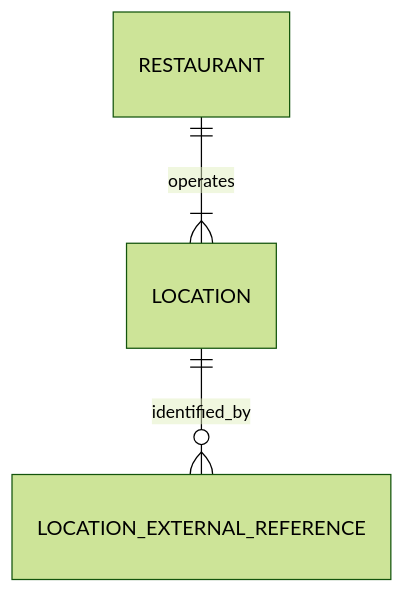
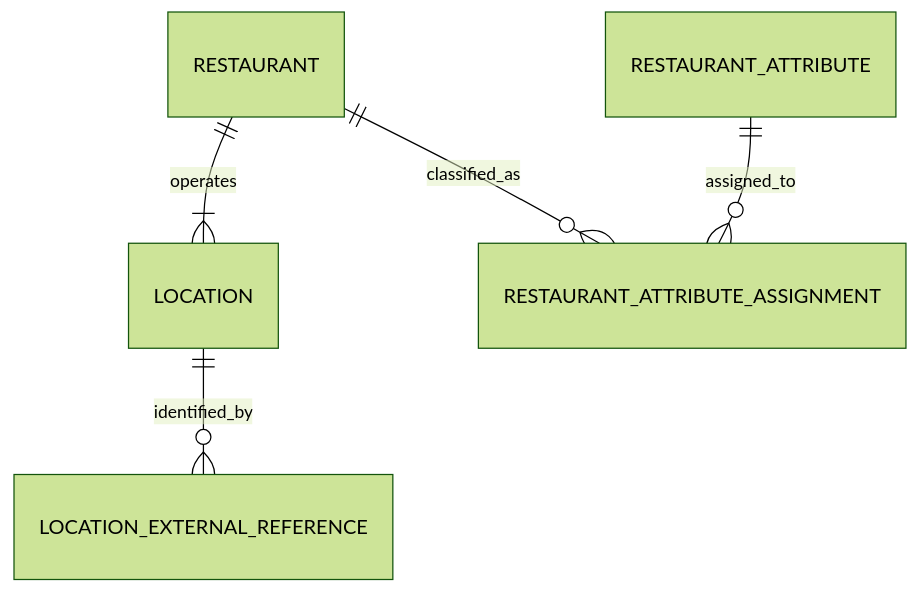
Before and after one commit to arivera1128/WhereWeGoing: the diagram in docs/docs/RELATIONAL_MODEL.md, drawn with Mermaid (forest theme). The commit also changed other lines of this file and 1 other file, not shown here.

Commit message:
Model restaurant attributes relationally

````diff
--- a/docs/docs/RELATIONAL_MODEL.md
+++ b/docs/docs/RELATIONAL_MODEL.md
@@ -72,5 +97,7 @@
 ```mermaid
 erDiagram
   RESTAURANT ||--|{ LOCATION : operates
   LOCATION ||--o{ LOCATION_EXTERNAL_REFERENCE : identified_by
+  RESTAURANT ||--o{ RESTAURANT_ATTRIBUTE_ASSIGNMENT : classified_as
+  RESTAURANT_ATTRIBUTE ||--o{ RESTAURANT_ATTRIBUTE_ASSIGNMENT : assigned_to
 ```
````
